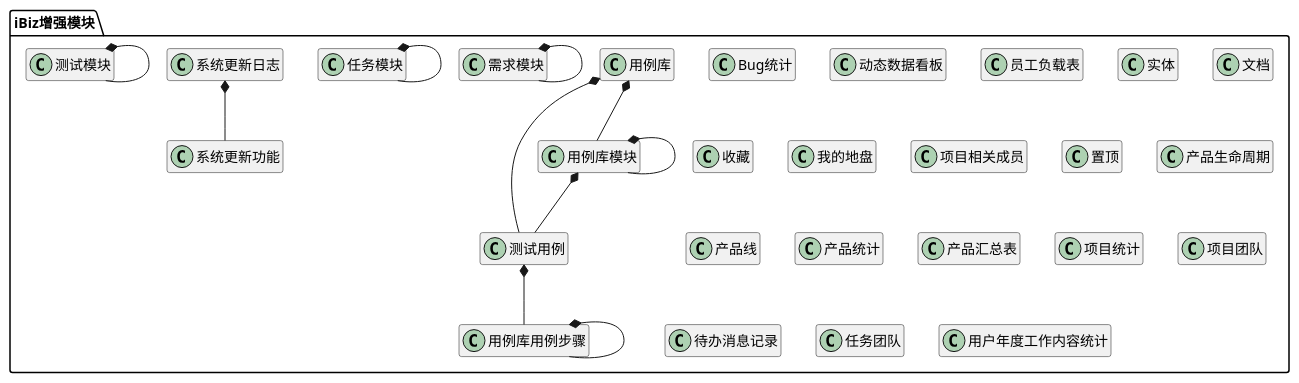
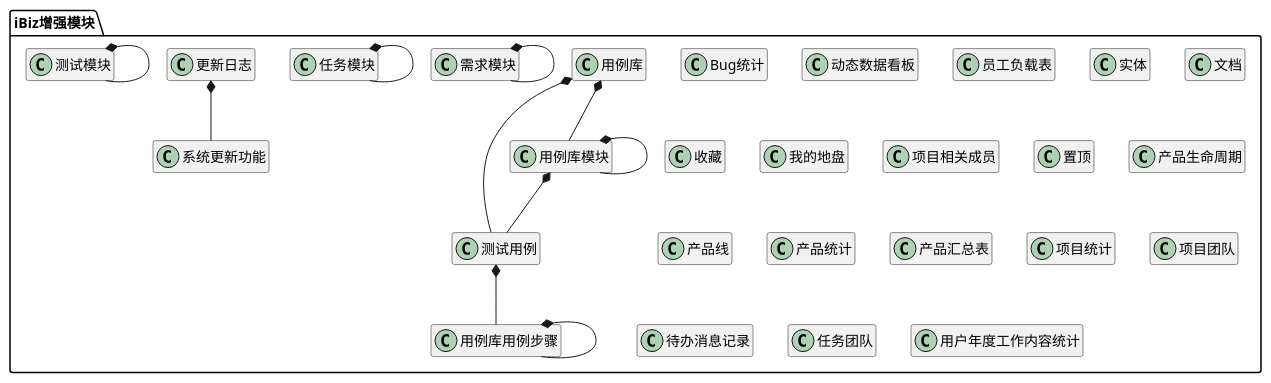
The diagram in ibizpms-docs/src/main/doc/v1/module/ibiz.md (zj335841911/nt_chandao), drawn with PlantUML before and after one commit. The commit also changed other lines of this file and 32 other files, not shown here.

```diff
--- a/ibizpms-docs/src/main/doc/v1/module/ibiz.md
+++ b/ibizpms-docs/src/main/doc/v1/module/ibiz.md
@@ -76,7 +76,7 @@
 class 系统更新功能 {
 }
 
-class 系统更新日志 {
+class 更新日志 {
 }
 
 class 待办消息记录 {
@@ -119,7 +119,7 @@
 测试模块 *-- 测试模块 
 
 
-系统更新日志 *-- 系统更新功能 
+更新日志 *-- 系统更新功能 
 
 
 
```
